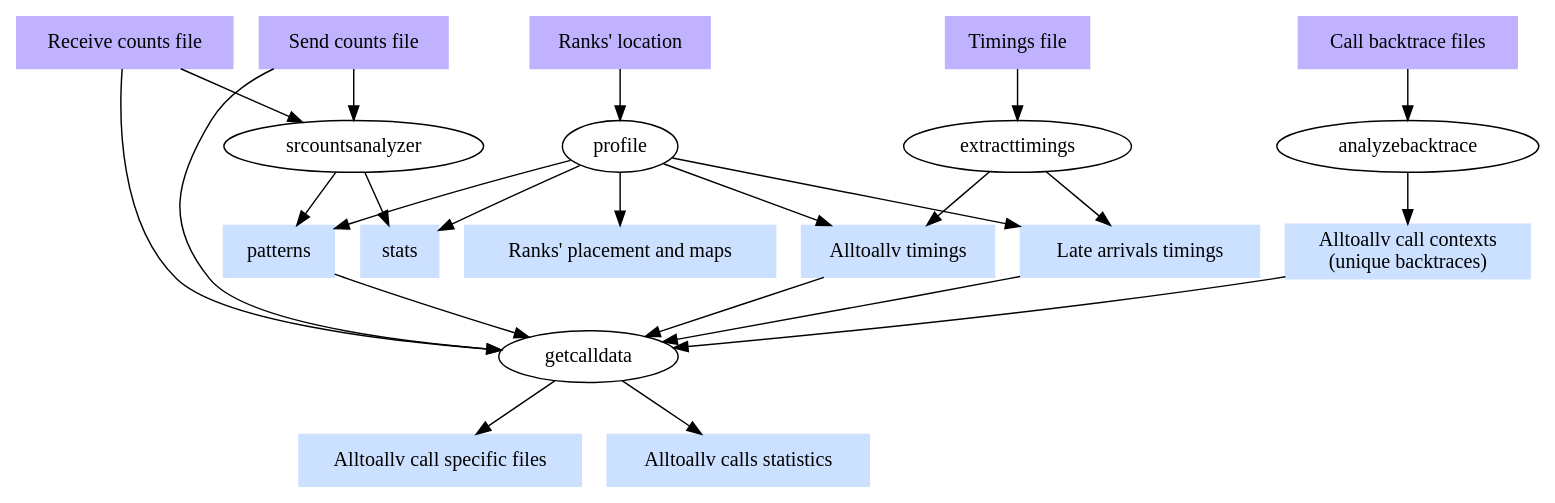
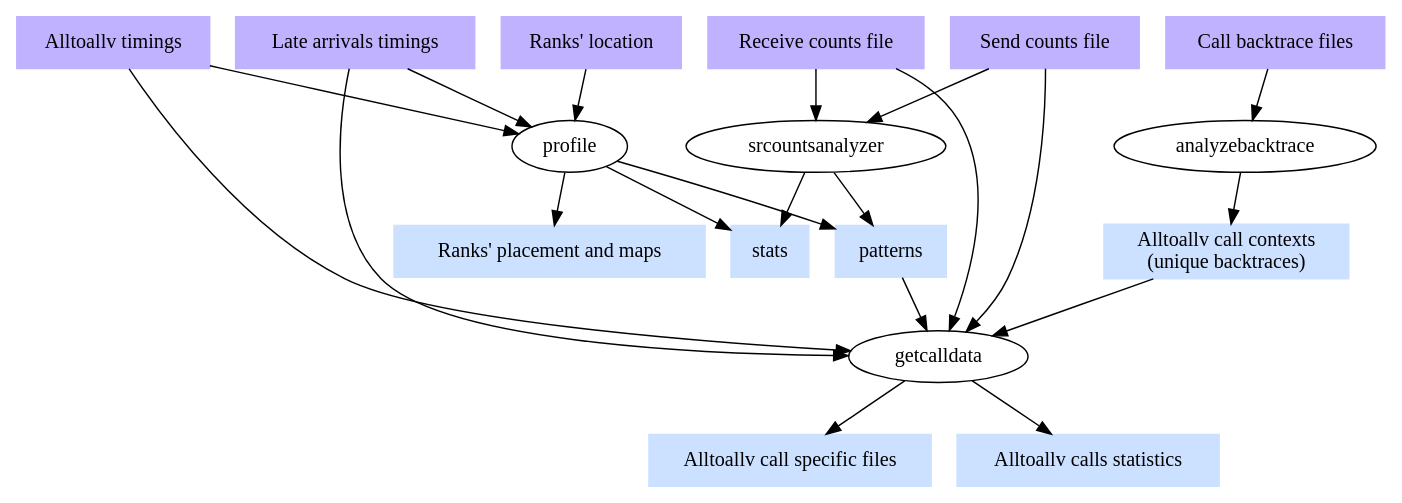
One commit to gvallee/collective_profiler changed the diagram in doc/tool_dependencies.dot. Above: the diagram before and after it, drawn with Graphviz.

Commit message:
Update the tool dependency graph since i removed deprecated tools

```diff
--- a/doc/tool_dependencies.dot
+++ b/doc/tool_dependencies.dot
@@ -1,39 +1,35 @@
 digraph G {
     backtraces_orig [label="Call backtrace files", shape=box, style=filled,color=".7 .3 1.0"];
     send_counts_orig [label="Send counts file", shape=box, style=filled,color=".7 .3 1.0"];
     recv_counts_orig [label="Receive counts file", shape=box, style=filled,color=".7 .3 1.0"];
-    timings_orig [label="Timings file", shape=box, style=filled,color=".7 .3 1.0"];
     location_orig [label="Ranks' location", shape=box, style=filled,color=".7 .3 1.0"];
+    alltoallv_timings [label="Alltoallv timings", shape=box, style=filled,color=".7 .3 1.0"];
+    late_arrivals_timings [label="Late arrivals timings", shape=box, style=filled,color=".7 .3 1.0"];
     backtraces_orig -> analyzebacktrace;
     alltoallv_call_contexts [label="Alltoallv call contexts\n(unique backtraces)", shape=box, style=filled,color=".6 .2 1.0"];
     rank_placement [label="Ranks' placement and maps", shape=box, style=filled,color=".6 .2 1.0"];
     analyzebacktrace -> alltoallv_call_contexts;
     send_counts_orig -> srcountsanalyzer;
     recv_counts_orig -> srcountsanalyzer;
     location_orig -> profile;
+    alltoallv_timings -> profile;
+    late_arrivals_timings -> profile;
     patterns [shape=box, style=filled,color=".6 .2 1.0"];
     stats [shape=box, style=filled,color=".6 .2 1.0"];
     srcountsanalyzer -> patterns;
     srcountsanalyzer -> stats;
     profile -> patterns;
     profile -> stats;
     profile -> rank_placement;
-    profile -> alltoallv_timings;
-    profile -> late_arrivals_timings;
-    timings_orig -> extracttimings;
-    alltoallv_timings [label="Alltoallv timings", shape=box, style=filled,color=".6 .2 1.0"];
-    late_arrivals_timings [label="Late arrivals timings", shape=box, style=filled,color=".6 .2 1.0"];
-    extracttimings -> alltoallv_timings;
-    extracttimings -> late_arrivals_timings;
     getcalls [label="getcalldata"]
     send_counts_orig -> getcalls;
     recv_counts_orig -> getcalls;
     patterns -> getcalls;
     alltoallv_timings -> getcalls;
     late_arrivals_timings -> getcalls;
     alltoallv_call_contexts -> getcalls;
     call_specific_files [label="Alltoallv call specific files", shape=box, style=filled,color=".6 .2 1.0"];
     calls_summary [label="Alltoallv calls statistics", shape=box, style=filled,color=".6 .2 1.0"];
     getcalls -> call_specific_files;
     getcalls -> calls_summary;
 }
```
